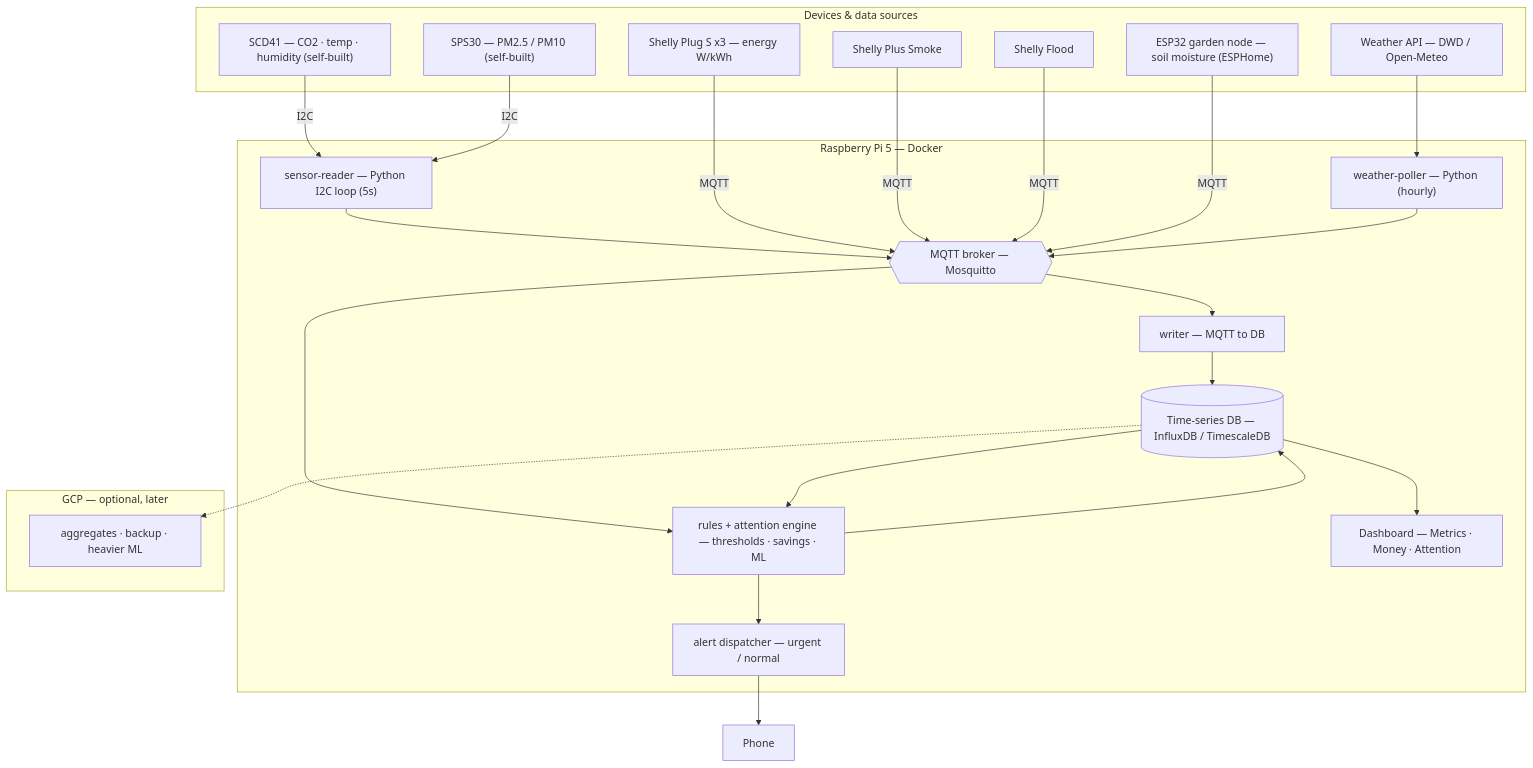
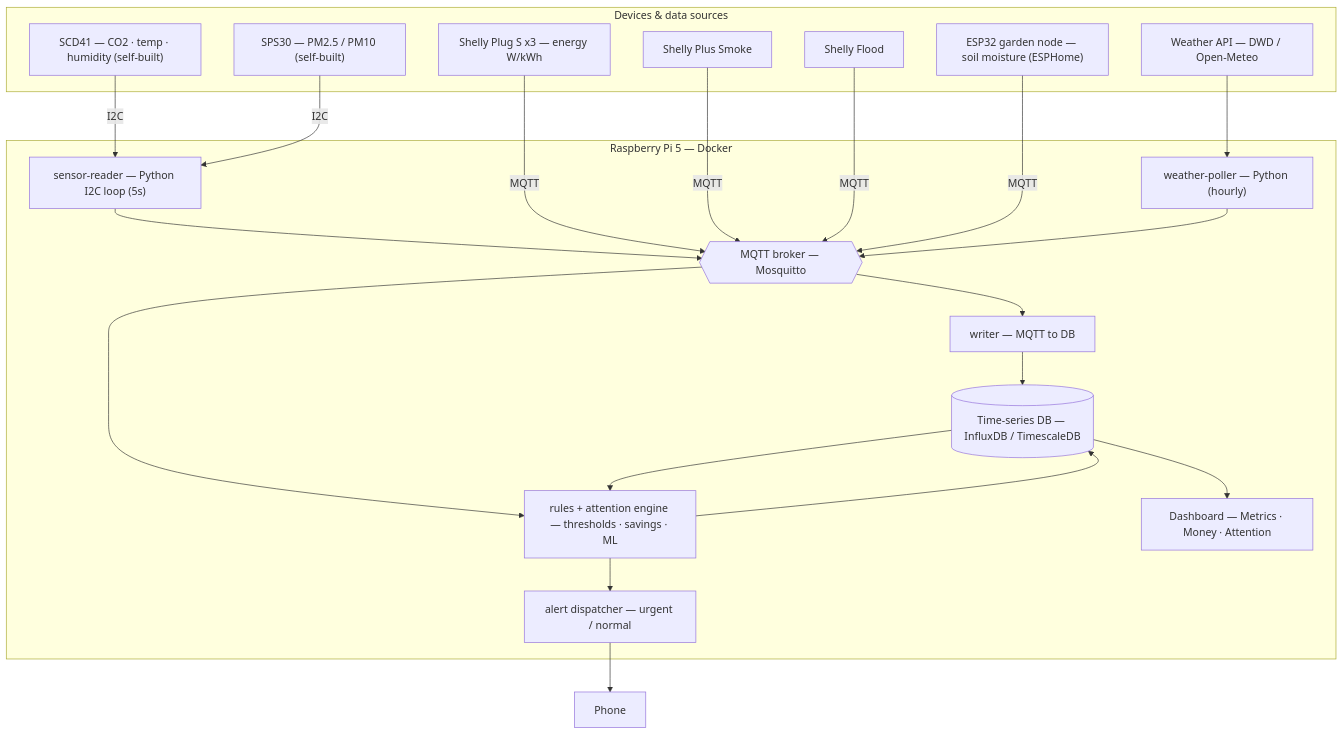
The diagram in docs/architecture.md (sjathin/home-observability), drawn with Mermaid before and after one commit. The commit also changed other lines of this file and 2 other files, not shown here.

First line of the commit message:
Drop GCP; cap data retention at 2 years (tiered)

````diff
--- a/docs/architecture.md
+++ b/docs/architecture.md
@@ -9,46 +8,41 @@
 ```mermaid
 flowchart TB
     subgraph edge["Devices & data sources"]
         scd["SCD41 — CO2 · temp · humidity (self-built)"]
         sps["SPS30 — PM2.5 / PM10 (self-built)"]
         plugs["Shelly Plug S x3 — energy W/kWh"]
         smoke["Shelly Plus Smoke"]
         flood["Shelly Flood"]
         soil["ESP32 garden node — soil moisture (ESPHome)"]
         wx["Weather API — DWD / Open-Meteo"]
     end
 
     subgraph pi["Raspberry Pi 5 — Docker"]
         reader["sensor-reader — Python I2C loop (5s)"]
         wxpoll["weather-poller — Python (hourly)"]
         broker{{"MQTT broker — Mosquitto"}}
         writer["writer — MQTT to DB"]
         db[("Time-series DB — InfluxDB / TimescaleDB")]
         rules["rules + attention engine — thresholds · savings · ML"]
         dash["Dashboard — Metrics · Money · Attention"]
         alerter["alert dispatcher — urgent / normal"]
     end
 
-    subgraph cloud["GCP — optional, later"]
-        agg["aggregates · backup · heavier ML"]
-    end
-
     phone["Phone"]
 
     scd -->|I2C| reader
     sps -->|I2C| reader
     reader --> broker
     plugs -->|MQTT| broker
     smoke -->|MQTT| broker
     flood -->|MQTT| broker
     soil -->|MQTT| broker
     wx --> wxpoll --> broker
 
     broker --> writer --> db
     broker --> rules
     db --> rules
     rules --> db
     db --> dash
     rules --> alerter --> phone
-    db -.-> agg
 ```
````
